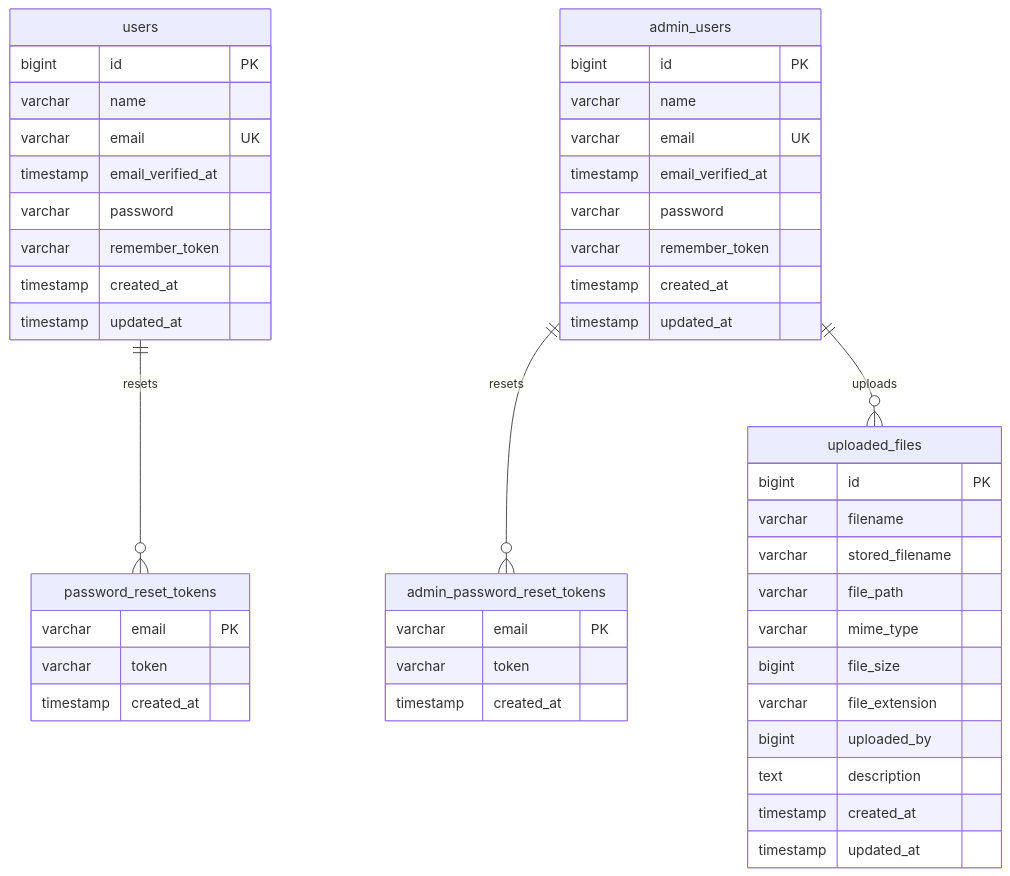
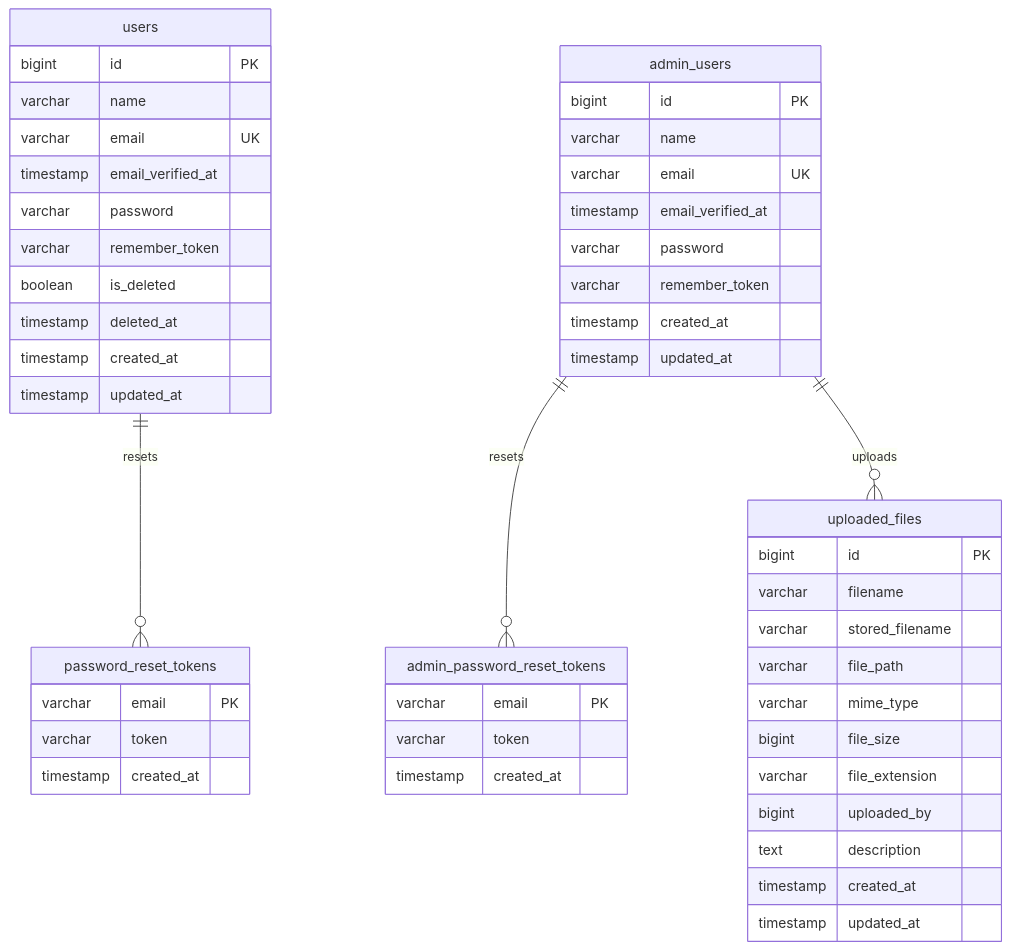
One commit to DesignSupply/startify-app changed the second of 2 diagrams in .cursor/rules/app-overview.mdc. Above: the diagram before and after it, drawn with Mermaid. The commit also changed other lines of this file, not shown here.

````diff
--- a/.cursor/rules/app-overview.mdc
+++ b/.cursor/rules/app-overview.mdc
@@ -119,54 +130,56 @@
 ```mermaid
 erDiagram
     users {
         bigint id PK
         varchar name
         varchar email UK
         timestamp email_verified_at
         varchar password
         varchar remember_token
+        boolean is_deleted
+        timestamp deleted_at
         timestamp created_at
         timestamp updated_at
     }
 
     admin_users {
         bigint id PK
         varchar name
         varchar email UK
         timestamp email_verified_at
         varchar password
         varchar remember_token
         timestamp created_at
         timestamp updated_at
     }
 
     password_reset_tokens {
         varchar email PK
         varchar token
         timestamp created_at
     }
 
     admin_password_reset_tokens {
         varchar email PK
         varchar token
         timestamp created_at
     }
 
     uploaded_files {
         bigint id PK
         varchar filename
         varchar stored_filename
         varchar file_path
         varchar mime_type
         bigint file_size
         varchar file_extension
         bigint uploaded_by
         text description
         timestamp created_at
         timestamp updated_at
     }
 
     users ||--o{ password_reset_tokens : "resets"
     admin_users ||--o{ admin_password_reset_tokens : "resets"
     admin_users ||--o{ uploaded_files : "uploads"
 ```
````
